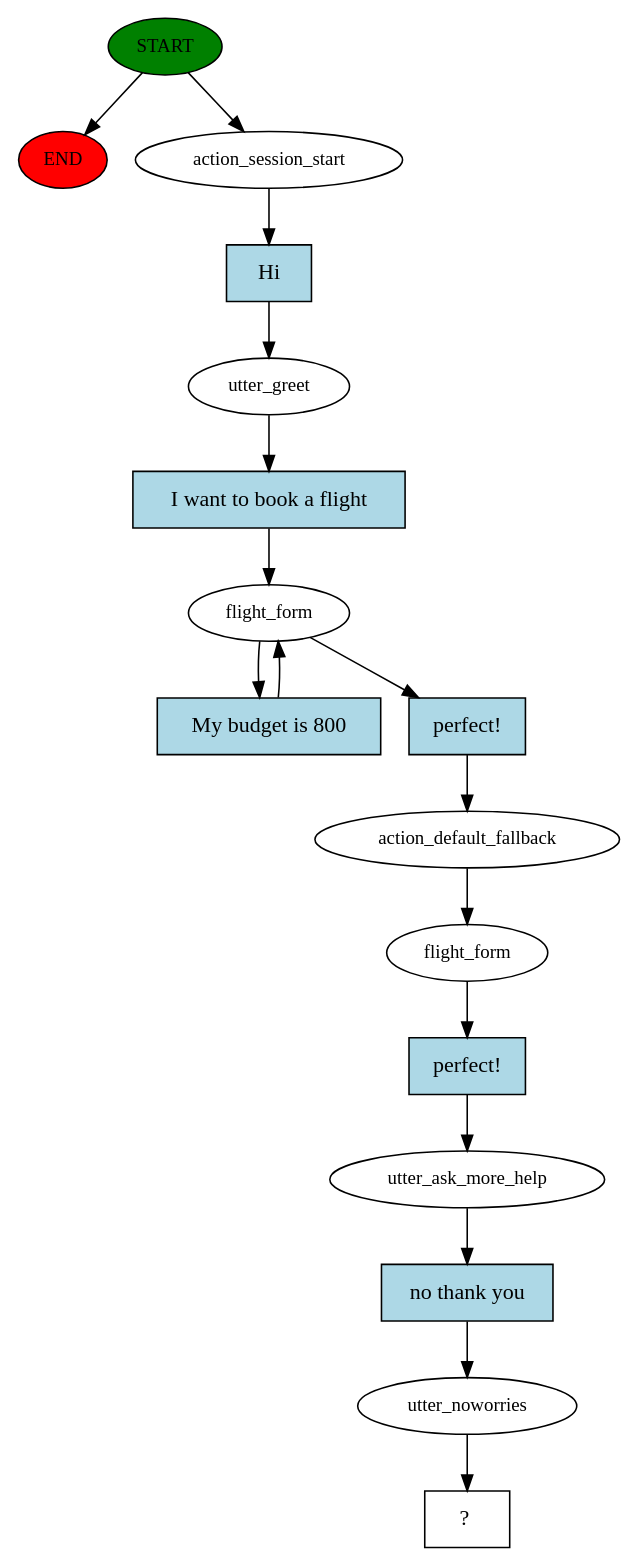
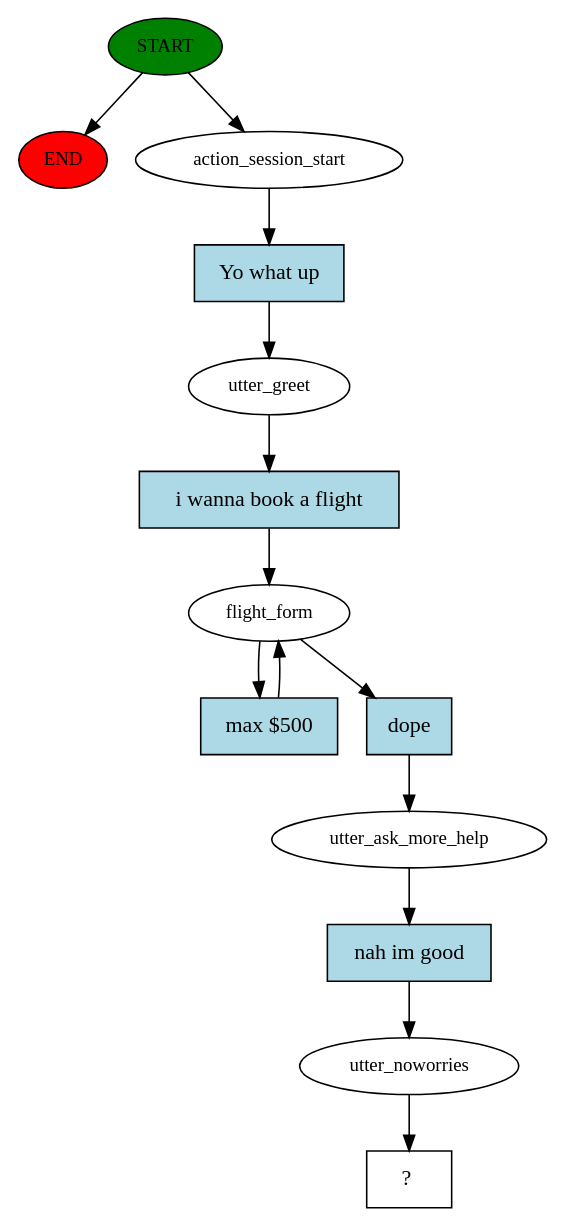
The diagram in rasa_bot/story_graph.dot (georgethoraninh/travel_chatbot), drawn with Graphviz before and after one commit. The commit also changed 13 other files, not shown here.

```diff
--- a/rasa_bot/story_graph.dot
+++ b/rasa_bot/story_graph.dot
@@ -1,34 +1,28 @@
 digraph  {
 0 [class="start active", fillcolor=green, fontsize=12, label=START, style=filled];
 "-1" [class=end, fillcolor=red, fontsize=12, label=END, style=filled];
 1 [class=active, fontsize=12, label=action_session_start];
 2 [class=active, fontsize=12, label=utter_greet];
 3 [class=active, fontsize=12, label=flight_form];
-9 [class=active, fontsize=12, label=action_default_fallback];
-10 [class=active, fontsize=12, label=flight_form];
-11 [class=active, fontsize=12, label=utter_ask_more_help];
-12 [class=active, fontsize=12, label=utter_noworries];
-13 [class="intent dashed active", label="  ?  ", shape=rect];
-14 [class="intent active", fillcolor=lightblue, label=Hi, shape=rect, style=filled];
-15 [class="intent active", fillcolor=lightblue, label="I want to book a flight", shape=rect, style=filled];
-16 [class="intent active", fillcolor=lightblue, label="My budget is 800", shape=rect, style=filled];
-17 [class="intent active", fillcolor=lightblue, label="perfect!", shape=rect, style=filled];
-18 [class="intent active", fillcolor=lightblue, label="perfect!", shape=rect, style=filled];
-19 [class="intent active", fillcolor=lightblue, label="no thank you", shape=rect, style=filled];
+9 [class=active, fontsize=12, label=utter_ask_more_help];
+10 [class=active, fontsize=12, label=utter_noworries];
+11 [class="intent dashed active", label="  ?  ", shape=rect];
+12 [class="intent active", fillcolor=lightblue, label="Yo what up", shape=rect, style=filled];
+13 [class="intent active", fillcolor=lightblue, label="i wanna book a flight", shape=rect, style=filled];
+14 [class="intent active", fillcolor=lightblue, label="max $500", shape=rect, style=filled];
+15 [class="intent active", fillcolor=lightblue, label=dope, shape=rect, style=filled];
+16 [class="intent active", fillcolor=lightblue, label="nah im good", shape=rect, style=filled];
 0 -> "-1"  [class="", key=NONE, label=""];
 0 -> 1  [class=active, key=NONE, label=""];
-1 -> 14  [class=active, key=0];
-2 -> 15  [class=active, key=0];
-3 -> 16  [class=active, key=0];
-3 -> 17  [class=active, key=0];
-9 -> 10  [class=active, key=NONE, label=""];
-10 -> 18  [class=active, key=0];
-11 -> 19  [class=active, key=0];
-12 -> 13  [class=active, key=NONE, label=""];
-14 -> 2  [class=active, key=0];
-15 -> 3  [class=active, key=0];
-16 -> 3  [class=active, key=0];
-17 -> 9  [class=active, key=0];
-18 -> 11  [class=active, key=0];
-19 -> 12  [class=active, key=0];
+1 -> 12  [class=active, key=0];
+2 -> 13  [class=active, key=0];
+3 -> 14  [class=active, key=0];
+3 -> 15  [class=active, key=0];
+9 -> 16  [class=active, key=0];
+10 -> 11  [class=active, key=NONE, label=""];
+12 -> 2  [class=active, key=0];
+13 -> 3  [class=active, key=0];
+14 -> 3  [class=active, key=0];
+15 -> 9  [class=active, key=0];
+16 -> 10  [class=active, key=0];
 }
```
